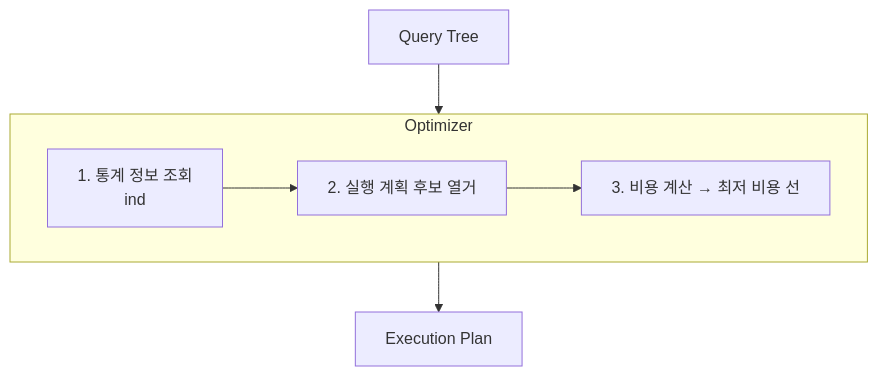
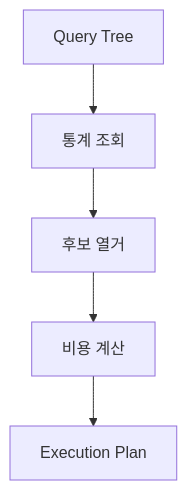
Before and after one commit to yjkim2015/yjkim2015.github.io: the second of 10 diagrams in _posts/db/2026-05-01-db-internals.md, drawn with Mermaid. The commit also changed other lines of this file and 155 other files, not shown here.

First line of the commit message:
Mermaid 전면 수정: subgraph 제거, participant/노드/줄수 축소 (342블록)

````diff
--- a/_posts/db/2026-05-01-db-internals.md
+++ b/_posts/db/2026-05-01-db-internals.md
@@ -50,11 +44,7 @@
 ```mermaid
 graph TD
-    QT[Query Tree] --> OPT
-    subgraph OPT[Optimizer]
-        S1["1. 통계 정보 조회<br>ind"]
-        S2["2. 실행 계획 후보 열거<br>"]
-        S3["3. 비용 계산 → 최저 비용 선"]
-        S1 --> S2 --> S3
-    end
-    OPT --> EP[Execution Plan]
+    QT["Query Tree"] --> S1["통계 조회"]
+    S1 --> S2["후보 열거"]
+    S2 --> S3["비용 계산"]
+    S3 --> EP["Execution Plan"]
 ```
````
